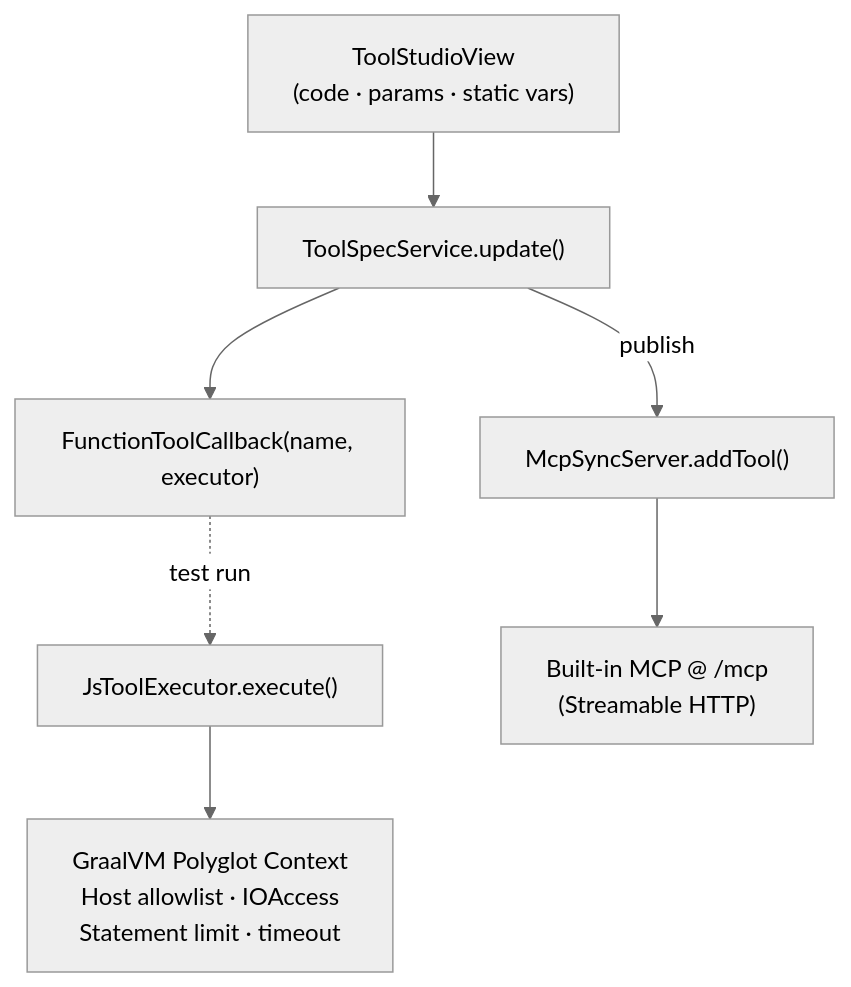
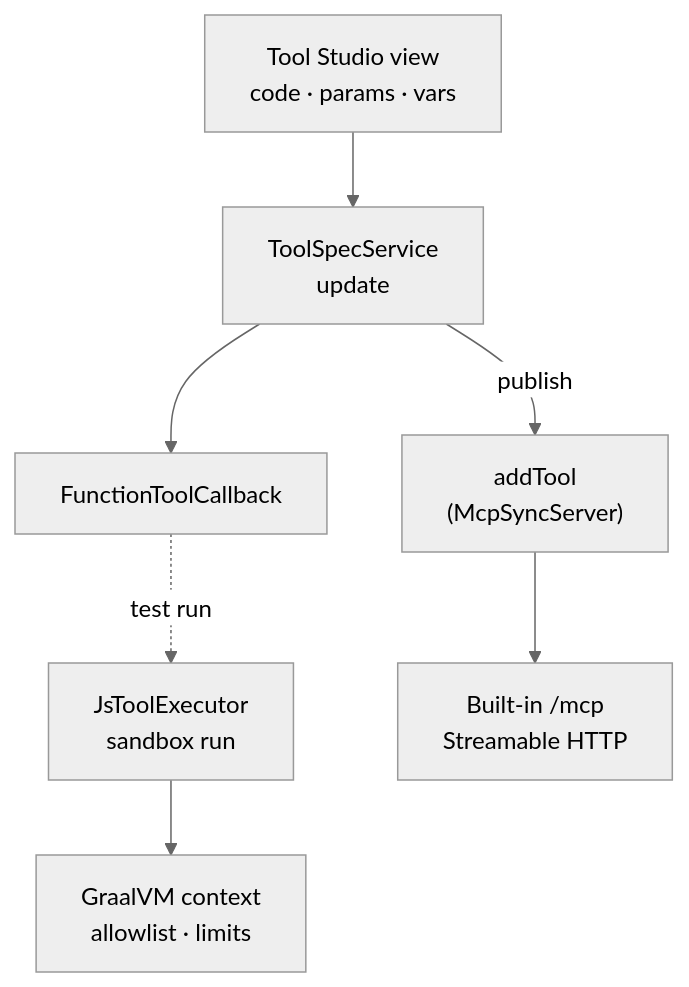
One commit to spring-ai-community/spring-ai-playground changed the third of 9 diagrams in docs/architecture.md. Above: the diagram before and after it, drawn with Mermaid (neutral theme). The commit also changed other lines of this file and 55 other files, not shown here.

Commit message:
docs: add human-in-the-loop pages, refresh architecture and catalog docs, document setup-time preset and exposure drawer

````diff
--- a/docs/architecture.md
+++ b/docs/architecture.md
@@ -139,17 +170,17 @@
 ```mermaid
 flowchart TB
-    UI["ToolStudioView<br/>(code · params · static vars)"]
-    SVC["ToolSpecService.update()"]
-    CB["FunctionToolCallback(name, executor)"]
-    EXE["JsToolExecutor.execute()"]
-    POLY["GraalVM Polyglot Context<br/>Host allowlist · IOAccess<br/>Statement limit · timeout"]
-    MCPSRV["McpSyncServer.addTool()"]
-    MCPEP["Built-in MCP @ /mcp<br/>(Streamable HTTP)"]
+    UI["Tool Studio view<br/>code · params · vars"]
+    SVC["ToolSpecService<br/>update"]
+    CB["FunctionToolCallback"]
+    EXE["JsToolExecutor<br/>sandbox run"]
+    POLY["GraalVM context<br/>allowlist · limits"]
+    MCPSRV["addTool<br/>(McpSyncServer)"]
+    MCPEP["Built-in /mcp<br/>Streamable HTTP"]
 
     UI --> SVC
     SVC --> CB
     CB -. "test run" .-> EXE
     EXE --> POLY
     SVC -- "publish" --> MCPSRV
     MCPSRV --> MCPEP
 ```
````
